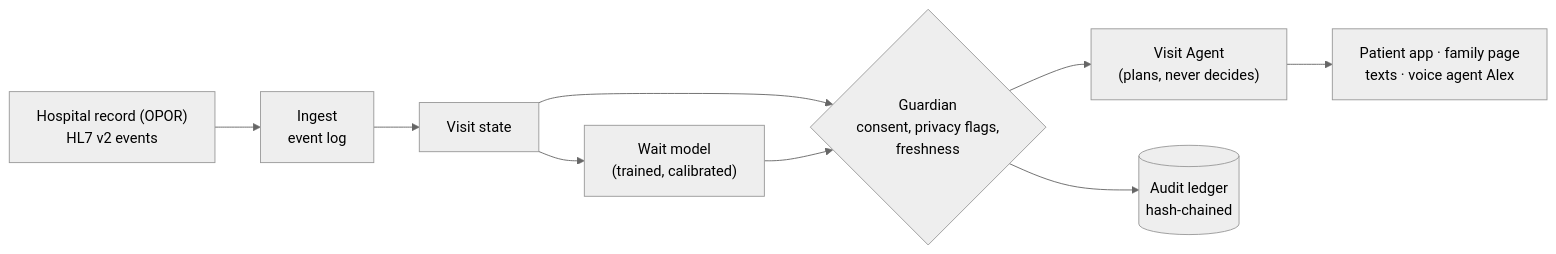
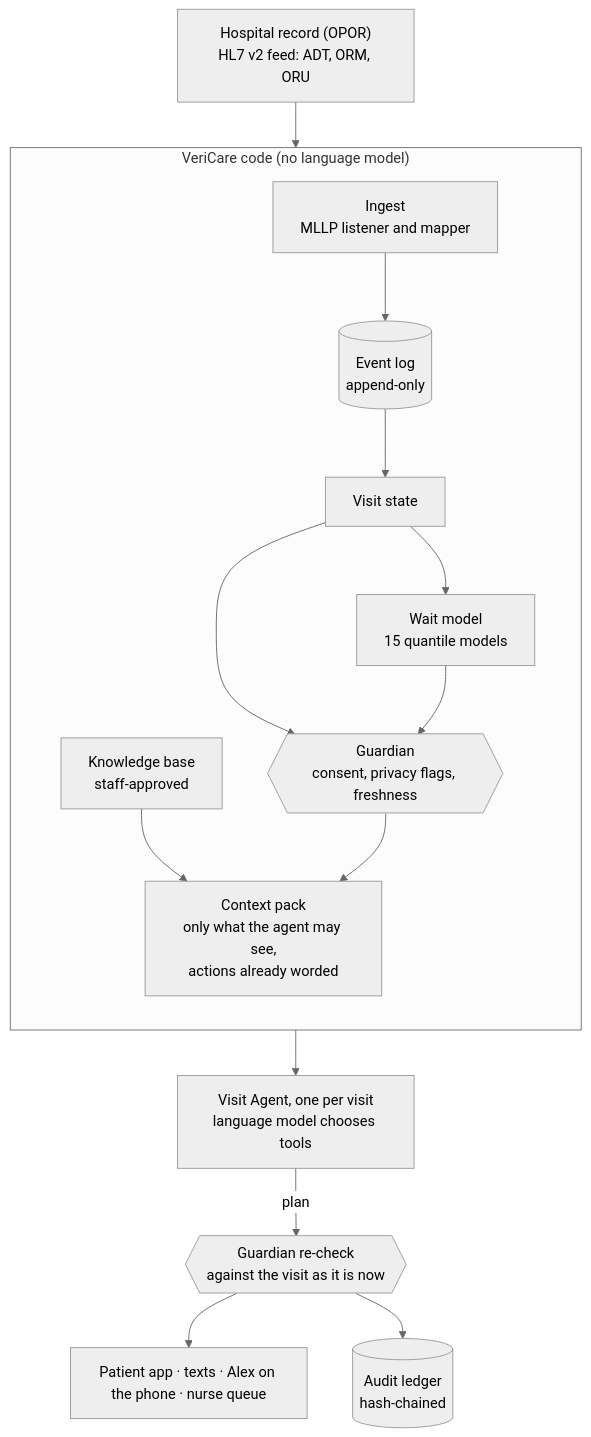
Before and after one commit to Shivam7137/VeriCare: the diagram in README.md, drawn with Mermaid (neutral theme). The commit also changed other lines of this file and 26 other files, not shown here.

````diff
--- a/README.md
+++ b/README.md
@@ -56,11 +121,23 @@
 ```mermaid
-flowchart LR
-  OPOR["Hospital record (OPOR)<br/>HL7 v2 events"] --> IN["Ingest<br/>event log"]
-  IN --> VS["Visit state"]
-  VS --> EST["Wait model<br/>(trained, calibrated)"]
-  VS --> G{"Guardian<br/>consent, privacy flags,<br/>freshness"}
-  EST --> G
-  G --> AG["Visit Agent<br/>(plans, never decides)"]
-  AG --> OUT["Patient app · family page<br/>texts · voice agent Alex"]
-  G --> L[("Audit ledger<br/>hash-chained")]
+flowchart TB
+  FEED["Hospital record (OPOR)<br/>HL7 v2 feed: ADT, ORM, ORU"]
+  subgraph C["VeriCare code (no language model)"]
+    direction TB
+    IN["Ingest<br/>MLLP listener and mapper"] --> LOG[("Event log<br/>append-only")]
+    LOG --> VS["Visit state"]
+    VS --> WM["Wait model<br/>15 quantile models"]
+    VS --> G{{"Guardian<br/>consent, privacy flags, freshness"}}
+    WM --> G
+    KB["Knowledge base<br/>staff-approved"] --> CP
+    G --> CP["Context pack<br/>only what the agent may see,<br/>actions already worded"]
+  end
+  VA["Visit Agent, one per visit<br/>language model chooses tools"]
+  RC{{"Guardian re-check<br/>against the visit as it is now"}}
+  OUT["Patient app · texts · Alex on the phone · nurse queue"]
+  L[("Audit ledger<br/>hash-chained")]
+  FEED --> IN
+  CP --> VA
+  VA -- "plan" --> RC
+  RC --> OUT
+  RC --> L
 ```
````
